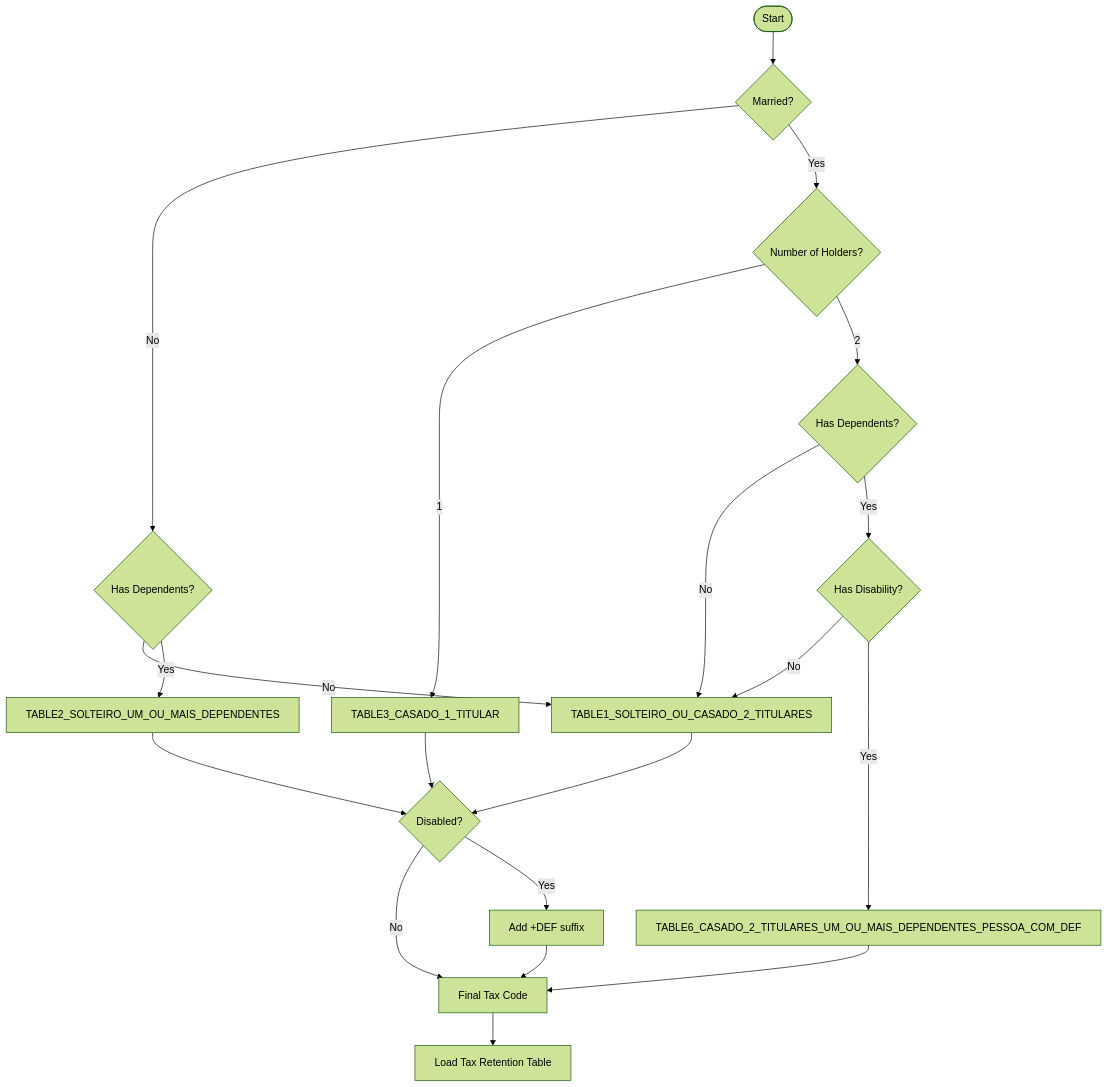
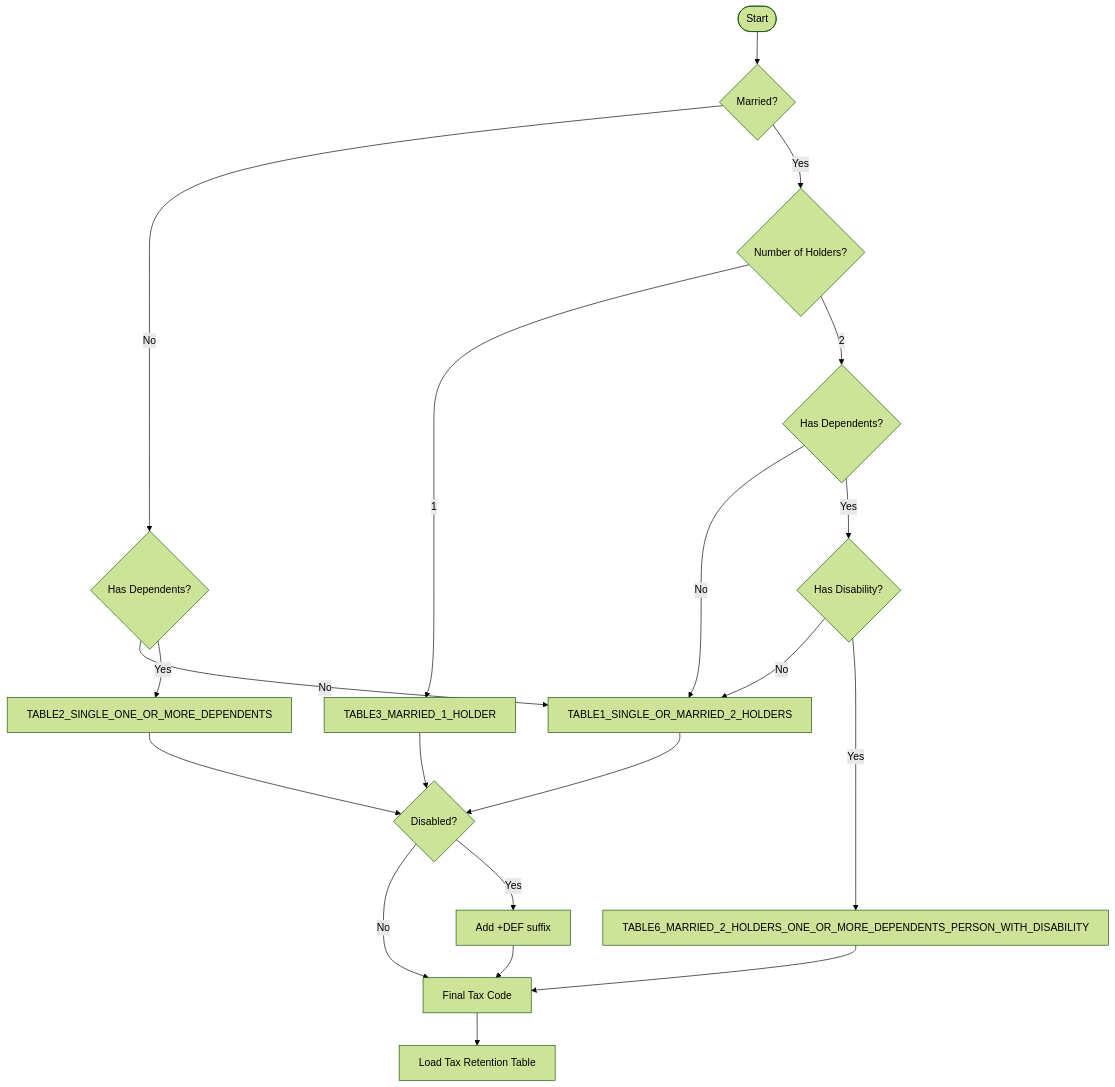
Before and after one commit to franciscobmacedo/saldo: the third of 6 diagrams in docs/src/content/mermaid.mdx, drawn with Mermaid (forest theme). The commit also changed other lines of this file and 55 other files, not shown here.

````diff
--- a/docs/src/content/mermaid.mdx
+++ b/docs/src/content/mermaid.mdx
@@ -80,30 +80,30 @@
 ```mermaid
 flowchart TD
     Start([Start]) --> Married{Married?}
     
     Married -->|No| SingleDeps{Has Dependents?}
     Married -->|Yes| Holders{Number of Holders?}
     
-    SingleDeps -->|No| TABLE1[TABLE1_SOLTEIRO_OU_CASADO_2_TITULARES]
-    SingleDeps -->|Yes| TABLE2[TABLE2_SOLTEIRO_UM_OU_MAIS_DEPENDENTES]
+    SingleDeps -->|No| TABLE1[TABLE1_SINGLE_OR_MARRIED_2_HOLDERS]
+    SingleDeps -->|Yes| TABLE2[TABLE2_SINGLE_ONE_OR_MORE_DEPENDENTS]
     
-    Holders -->|1| TABLE3[TABLE3_CASADO_1_TITULAR]
+    Holders -->|1| TABLE3[TABLE3_MARRIED_1_HOLDER]
     Holders -->|2| MarriedDeps{Has Dependents?}
     
     MarriedDeps -->|No| TABLE1
     MarriedDeps -->|Yes| DisabledCheck{Has Disability?}
     
     DisabledCheck -->|No| TABLE1
-    DisabledCheck -->|Yes| TABLE6[TABLE6_CASADO_2_TITULARES_UM_OU_MAIS_DEPENDENTES_PESSOA_COM_DEF]
+    DisabledCheck -->|Yes| TABLE6[TABLE6_MARRIED_2_HOLDERS_ONE_OR_MORE_DEPENDENTS_PERSON_WITH_DISABILITY]
     
     TABLE1 --> Disabled{Disabled?}
     TABLE2 --> Disabled
     TABLE3 --> Disabled
     
     Disabled -->|No| FinalCode[Final Tax Code]
     Disabled -->|Yes| AddDEF[Add +DEF suffix]
     AddDEF --> FinalCode
     TABLE6 --> FinalCode
     
     FinalCode --> LoadTable[Load Tax Retention Table]
 ```
````
